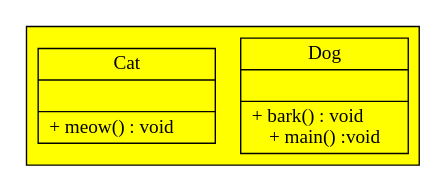
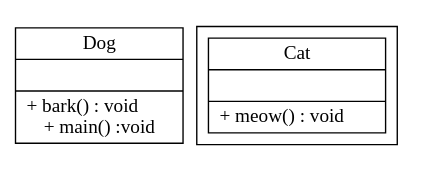
One commit to sisyphus1212/note changed the diagram in dpdk/内存管理.md. Above: the diagram before and after it, drawn with Graphviz.

Commit message:
auto_update

````diff
--- a/dpdk/内存管理.md
+++ b/dpdk/内存管理.md
@@ -16,9 +16,9 @@
 ```graphviz
 digraph {
+	Dog[label = "{Dog| |+ bark() : void\l + main() :void}" , shape = "record"];
     subgraph clusterAnimalImpl{
-		bgcolor = "yellow";
-		Dog[label = "{Dog| |+ bark() : void\l + main() :void}" , shape = "record"];
+
 		Cat[label = "{Cat| |+ meow() : void\l}" , shape = "record"];
 	};
 }
 ```
````
